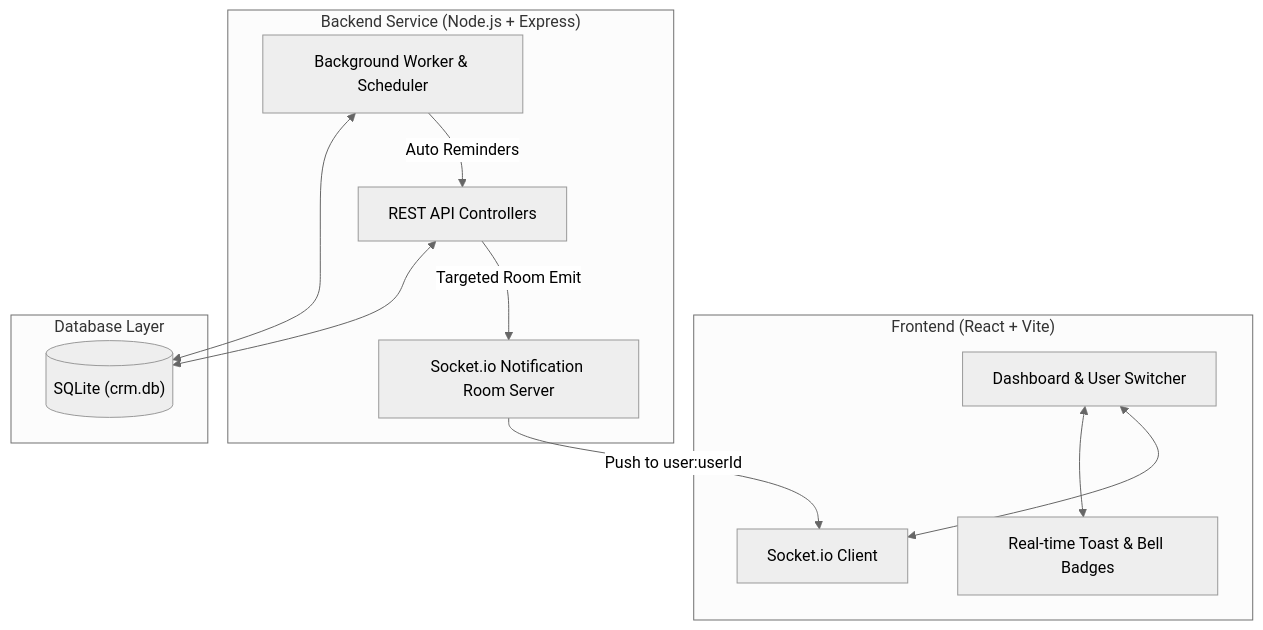
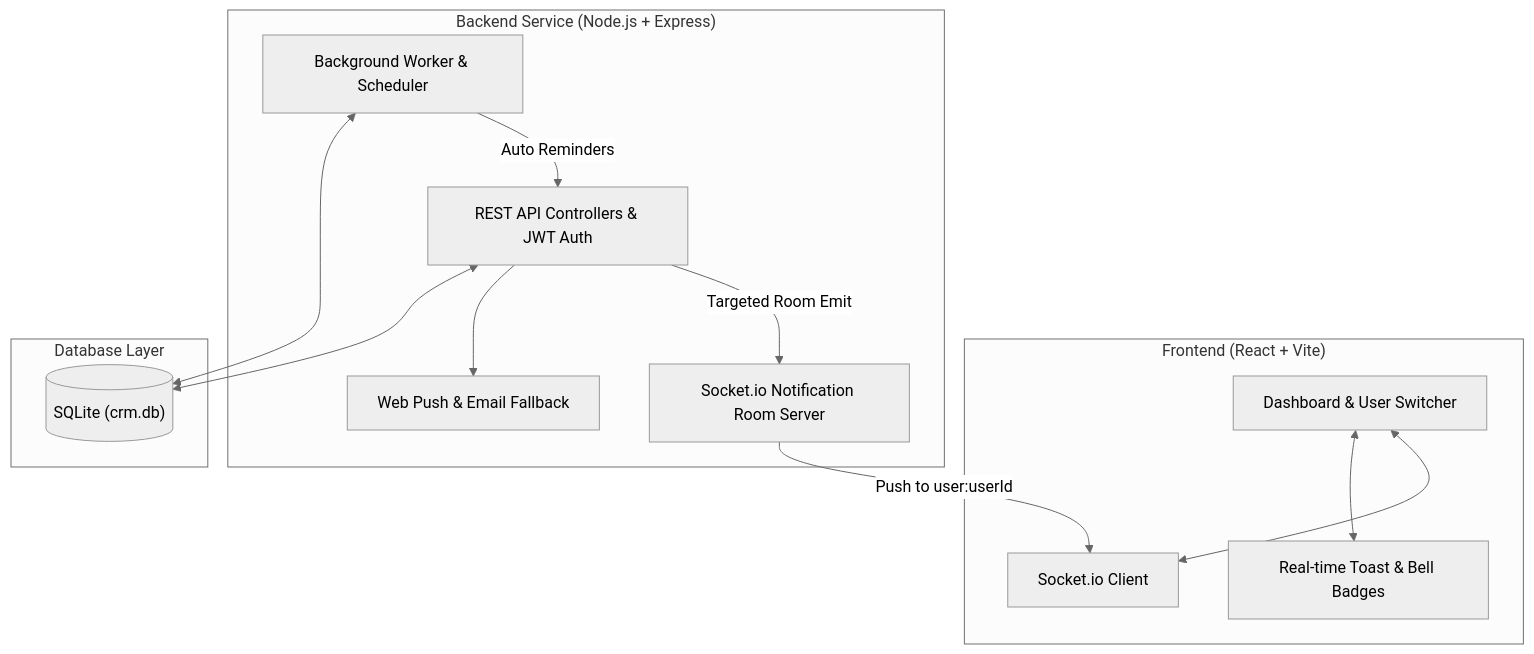
One commit to tannu005/CRM-Notification-System changed the diagram in README.md. Above: the diagram before and after it, drawn with Mermaid (neutral theme). The commit also changed other lines of this file, not shown here.

````diff
--- a/README.md
+++ b/README.md
@@ -9,26 +9,28 @@
 ```mermaid
 flowchart TD
     subgraph Client ["Frontend (React + Vite)"]
         UI["Dashboard & User Switcher"]
         Toast["Real-time Toast & Bell Badges"]
         WSClient["Socket.io Client"]
         UI <--> WSClient
         UI <--> Toast
     end
 
     subgraph Backend ["Backend Service (Node.js + Express)"]
-        Express["REST API Controllers"]
+        Express["REST API Controllers & JWT Auth"]
         WSServer["Socket.io Notification Room Server"]
         BGWorker["Background Worker & Scheduler"]
+        PushService["Web Push & Email Fallback"]
         
         Express --> |Targeted Room Emit| WSServer
         BGWorker --> |Auto Reminders| Express
         WSServer --> |Push to user:userId| WSClient
+        Express --> PushService
     end
 
     subgraph Storage ["Database Layer"]
         DB[("SQLite (crm.db)")]
         Express <--> DB
         BGWorker <--> DB
     end
 ```
````
